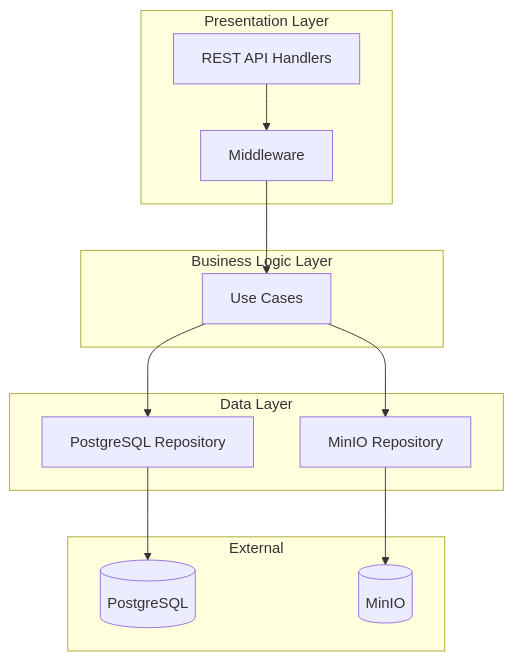
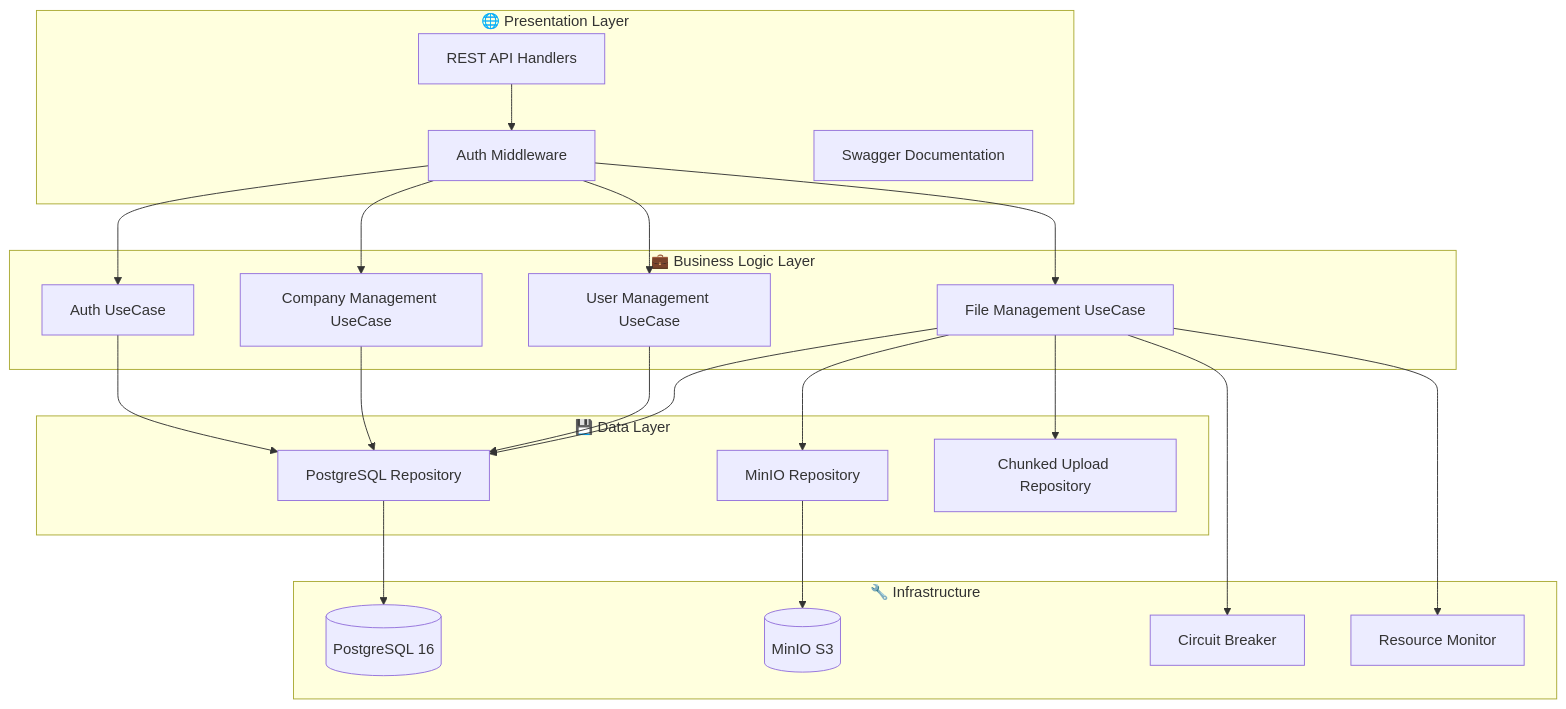
The diagram in README.md (AlexMayka/go-storage), drawn with Mermaid before and after one commit. The commit also changed other lines of this file and 62 other files, not shown here.

````diff
--- a/README.md
+++ b/README.md
@@ -24,28 +38,44 @@
 ```mermaid
 graph TB
-    subgraph "Presentation Layer"
+    subgraph "🌐 Presentation Layer"
         A[REST API Handlers]
-        B[Middleware]
+        B[Auth Middleware]
+        C[Swagger Documentation]
     end
     
-    subgraph "Business Logic Layer"
-        C[Use Cases]
+    subgraph "💼 Business Logic Layer"
+        D[File Management UseCase]
+        E[User Management UseCase]
+        F[Company Management UseCase]
+        G[Auth UseCase]
     end
     
-    subgraph "Data Layer"
-        D[PostgreSQL Repository]
-        E[MinIO Repository]
+    subgraph "💾 Data Layer"
+        H[PostgreSQL Repository]
+        I[MinIO Repository]
+        J[Chunked Upload Repository]
     end
     
-    subgraph "External"
-        F[(PostgreSQL)]
-        G[(MinIO)]
+    subgraph "🔧 Infrastructure"
+        K[(PostgreSQL 16)]
+        L[(MinIO S3)]
+        M[Circuit Breaker]
+        N[Resource Monitor]
     end
     
     A --> B
-    B --> C
-    C --> D
-    C --> E
-    D --> F
-    E --> G
+    B --> D
+    B --> E
+    B --> F
+    B --> G
+    D --> H
+    D --> I
+    D --> J
+    E --> H
+    F --> H
+    G --> H
+    H --> K
+    I --> L
+    D --> M
+    D --> N
 ```
````
